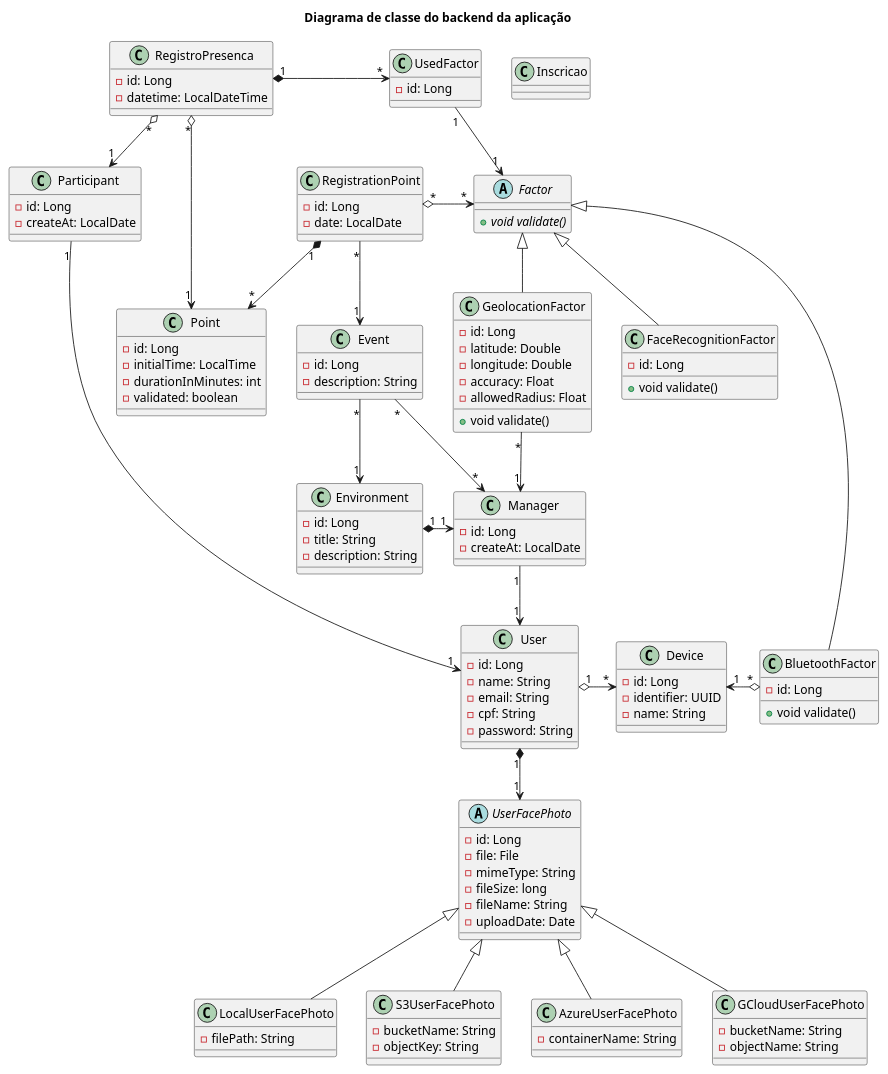
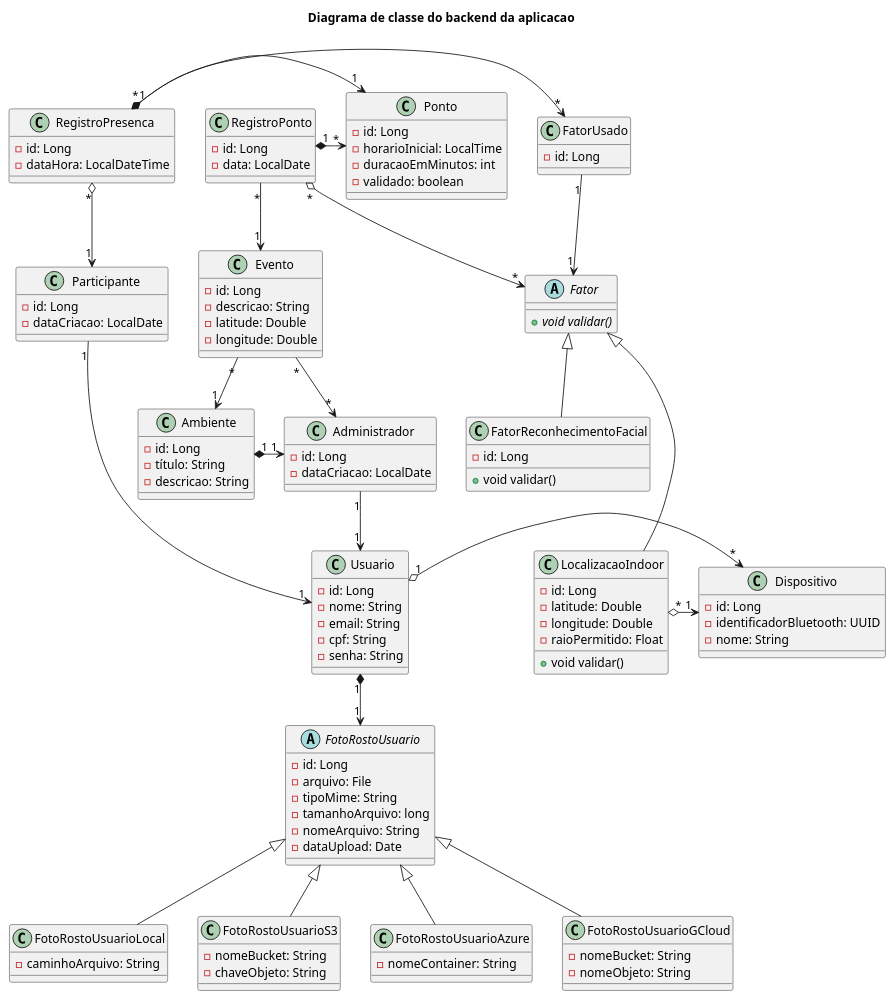
One commit to luan-coelho/TCCI changed the diagram in diagram-class.plantuml. Above: the diagram before and after it, drawn with PlantUML. The commit also changed 5 other files, not shown here.

```diff
--- a/diagram-class.plantuml
+++ b/diagram-class.plantuml
@@ -1,144 +1,136 @@
 @startuml
-title Diagrama de classe do backend da aplicação
+title Diagrama de classe do backend da aplicacao
 
-class User {
+class Usuario {
     - id: Long
-    - name: String
+    - nome: String
     - email: String
     - cpf: String
-    - password: String
+    - senha: String
 }
 
-class Manager {
+class Administrador {
     - id: Long
-    - createAt: LocalDate
+    - dataCriacao: LocalDate
 }
 
-class Participant {
+class Participante {
     - id: Long
-    - createAt: LocalDate
+    - dataCriacao: LocalDate
 }
 
-class Device {
+class Dispositivo {
     - id: Long
-    - identifier: UUID
-    - name: String
+    - identificadorBluetooth: UUID
+    - nome: String
 }
 
-abstract class UserFacePhoto {
+abstract class FotoRostoUsuario {
     - id: Long
-    - file: File
-    - mimeType: String
-    - fileSize: long
-    - fileName: String
-    - uploadDate: Date
+    - arquivo: File
+    - tipoMime: String
+    - tamanhoArquivo: long
+    - nomeArquivo: String
+    - dataUpload: Date
 }
 
-class UsedFactor {
+class FatorUsado {
      - id: Long
 }
 
-class Inscricao
-
-class LocalUserFacePhoto {
-    - filePath: String
+class FotoRostoUsuarioLocal {
+    - caminhoArquivo: String
 }
 
-class S3UserFacePhoto {
-    - bucketName: String
-    - objectKey: String
+class FotoRostoUsuarioS3 {
+    - nomeBucket: String
+    - chaveObjeto: String
 }
 
-class AzureUserFacePhoto {
-    - containerName: String
+class FotoRostoUsuarioAzure {
+    - nomeContainer: String
 }
 
-class GCloudUserFacePhoto {
-    - bucketName: String
-    - objectName: String
+class FotoRostoUsuarioGCloud {
+    - nomeBucket: String
+    - nomeObjeto: String
 }
 
-class Environment {
+class Ambiente {
     - id: Long
-    - title: String
-    - description: String
+    - título: String
+    - descricao: String
 }
 
-class Event {
+class Evento {
     - id: Long
-    - description: String
+    - descricao: String
+    - latitude: Double
+    - longitude: Double
 }
 
-class RegistrationPoint {
+class RegistroPonto {
     - id: Long
-    - date: LocalDate
+    - data: LocalDate
 }
 
-class Point {
+class Ponto {
     - id: Long
-    - initialTime: LocalTime
-    - durationInMinutes: int
-    - validated: boolean
+    - horarioInicial: LocalTime
+    - duracaoEmMinutos: int
+    - validado: boolean
 }
 
 class RegistroPresenca {
     - id: Long
-    - datetime: LocalDateTime
+    - dataHora: LocalDateTime
 }
 
-abstract class Factor {
-    + void {abstract} validate()
+abstract class Fator {
+    + void {abstract} validar()
 }
 
-class FaceRecognitionFactor {
+class FatorReconhecimentoFacial {
     - id: Long
-    + void validate()
+    + void validar()
 }
 
-class GeolocationFactor {
+class LocalizacaoIndoor {
     - id: Long
     - latitude: Double
     - longitude: Double
-    - accuracy: Float
-    - allowedRadius: Float
-    + void validate()
+    - raioPermitido: Float
+    + void validar()
 }
 
-class BluetoothFactor {
-    - id: Long
-    + void validate()
-}
+RegistroPonto "*" --> "1" Evento
+Evento "*" --> "1" Ambiente
+Ambiente "1" *-> "1" Administrador
+Evento "*" --> "*" Administrador
 
-RegistrationPoint "*" --> "1" Event
-Event "*" --> "1" Environment
-Environment "1" *-> "1" Manager
-Event "*" --> "*" Manager
+RegistroPonto "1" *-> "*" Ponto
+RegistroPonto "*" o-> "*" Fator
 
-RegistrationPoint "1" *-down-> "*" Point
-RegistrationPoint "*" o-> "*" Factor
+RegistroPresenca "*" o-> "1" Participante
+RegistroPresenca "*" o-> "1" Ponto
 
-RegistroPresenca "*" o-> "1" Participant
-RegistroPresenca "*" o-> "1" Point
+Fator <|-- FatorReconhecimentoFacial
+Fator <|-- LocalizacaoIndoor
 
-Factor <|-- FaceRecognitionFactor
-Factor <|-- GeolocationFactor
-Factor <|-- BluetoothFactor
+LocalizacaoIndoor "*" o-> "1" Dispositivo
 
-GeolocationFactor "*" --> "1" Manager
-BluetoothFactor "*" o-left-> "1" Device
+Usuario "1" o-> "*" Dispositivo
+Usuario "1" *-down-> "1" FotoRostoUsuario
 
-User "1" o-> "*" Device
-User "1" *-down-> "1" UserFacePhoto
+RegistroPresenca "1" *-> "*" FatorUsado
+FatorUsado "1" --> "1" Fator
 
-RegistroPresenca "1" *-> "*" UsedFactor
-UsedFactor "1" --> "1" Factor
+Administrador "1" --> "1" Usuario
+Participante "1" --> "1" Usuario
 
-Manager "1" --> "1" User
-Participant "1" --> "1" User
-
-UserFacePhoto <|-- LocalUserFacePhoto
-UserFacePhoto <|-- S3UserFacePhoto
-UserFacePhoto <|-- AzureUserFacePhoto
-UserFacePhoto <|-- GCloudUserFacePhoto
+FotoRostoUsuario <|-- FotoRostoUsuarioLocal
+FotoRostoUsuario <|-- FotoRostoUsuarioS3
+FotoRostoUsuario <|-- FotoRostoUsuarioAzure
+FotoRostoUsuario <|-- FotoRostoUsuarioGCloud
 
 @enduml
```
